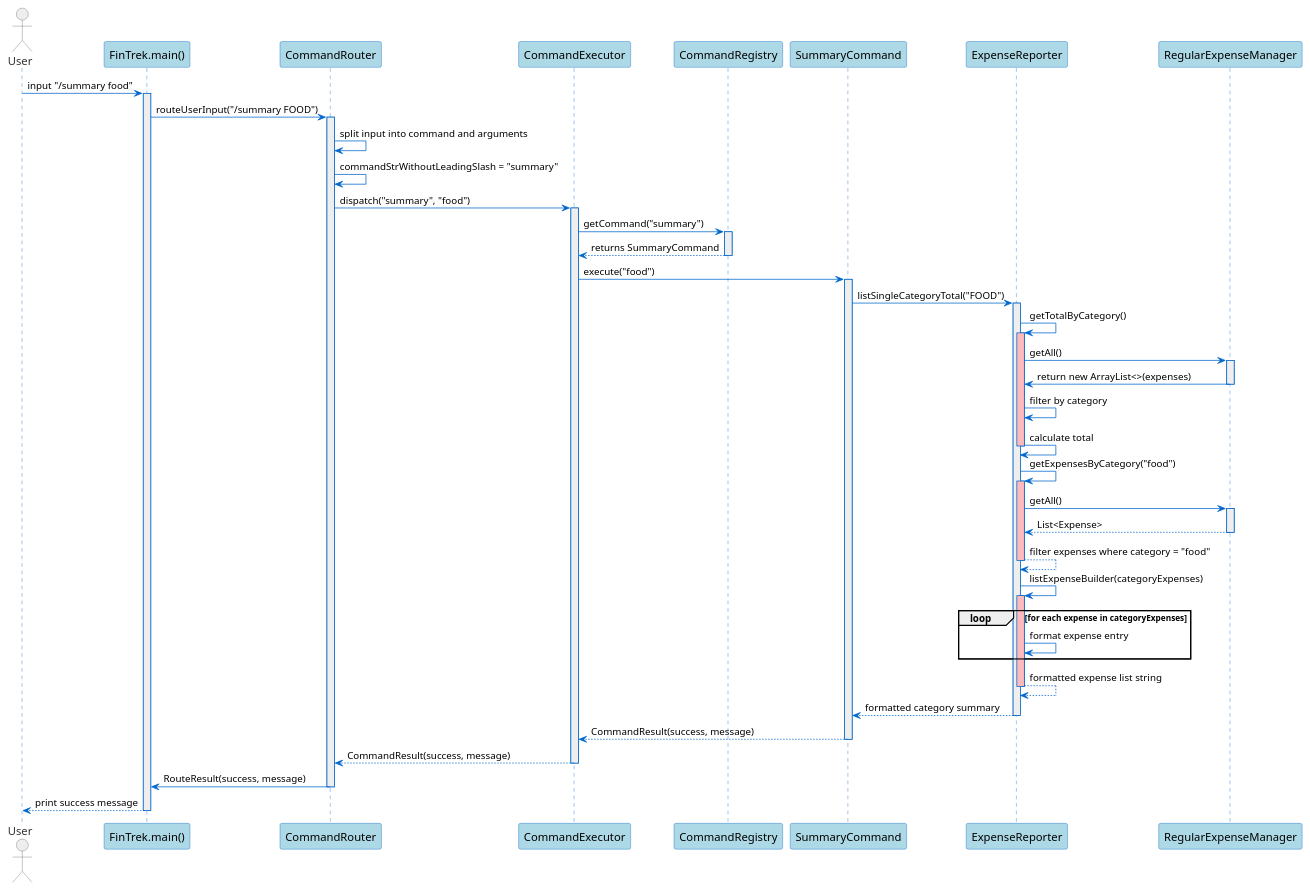
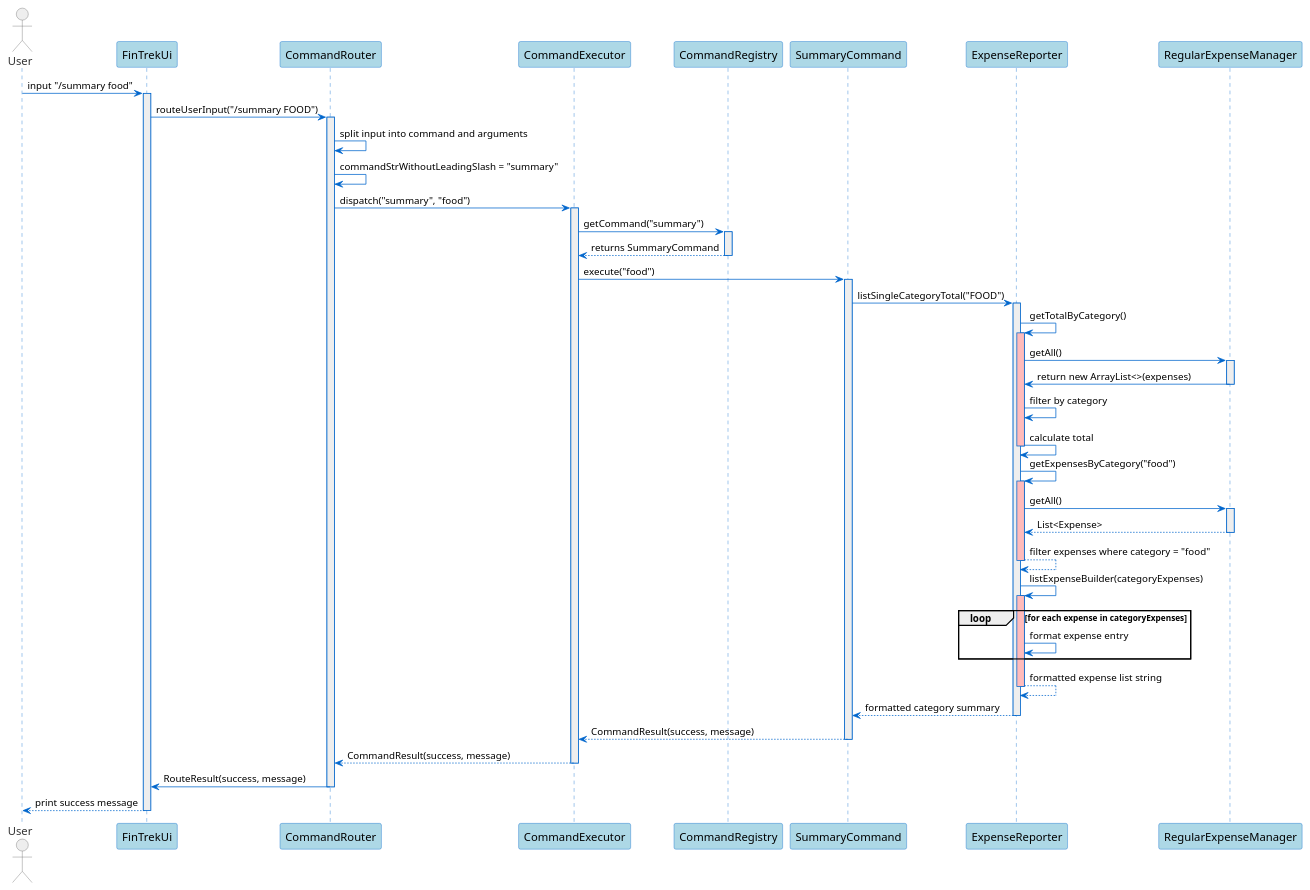
One commit to randust/tp changed the diagram in docs/diagrams/sequence/summary.puml. Above: the diagram before and after it, drawn with PlantUML. The commit also changed 9 other files, not shown here.

Commit message:
Update DG diagrams to fit the refactored code (new Ui class) and add PPP

```diff
--- a/docs/diagrams/sequence/summary.puml
+++ b/docs/diagrams/sequence/summary.puml
@@ -1,106 +1,106 @@
 @startuml
 skinparam sequence {
   ArrowColor #0066CC
   LifeLineBorderColor #0066CC
   LifeLineBackgroundColor #EEEEEE
 
   ParticipantBorderColor #0066CC
   ParticipantBackgroundColor #ADD8E6
   ParticipantFontColor #000000
   ParticipantFontSize 15
 
   ActorBorderColor #666666
   ActorBackgroundColor #EEEEEE
   ActorFontColor #333333
   ActorFontSize 15
 }
 
 skinparam note {
   BackgroundColor #FFE9B3
   BorderColor #E8C174
 }
 
 actor "User" as user
-participant "FinTrek.main()" as FT
+participant "FinTrekUi" as FT
 participant "CommandRouter" as router
 participant "CommandExecutor" as executor
 participant "CommandRegistry" as registry
 participant "SummaryCommand" as SC
 participant "ExpenseReporter" as ER
 participant "RegularExpenseManager" as REM
 
 user -> FT: input "/summary food"
 activate FT
 
 FT -> router: routeUserInput("/summary FOOD")
 activate router
 
 router -> router: split input into command and arguments
 router -> router: commandStrWithoutLeadingSlash = "summary"
 
 router -> executor: dispatch("summary", "food")
 activate executor
 
 executor -> registry: getCommand("summary")
 activate registry
 
 registry --> executor: returns SummaryCommand
 deactivate registry
 
 executor -> SC: execute("food")
 activate SC
 
 SC -> ER: listSingleCategoryTotal("FOOD")
 activate ER
 
 ER -> ER: getTotalByCategory()
 activate ER #FFBBBB
 
 ER -> REM: getAll()
 activate REM
 
 REM -> ER: return new ArrayList<>(expenses)
 deactivate REM
 
 ER -> ER: filter by category
 ER -> ER: calculate total
 deactivate ER
 
 ER -> ER: getExpensesByCategory("food")
 activate ER #FFBBBB
 
 ER -> REM: getAll()
 activate REM
 
 REM --> ER: List<Expense>
 deactivate REM
 
 ER --> ER: filter expenses where category = "food"
 deactivate ER
 
 ER -> ER: listExpenseBuilder(categoryExpenses)
 activate ER #FFBBBB
 
 loop for each expense in categoryExpenses
 ER -> ER: format expense entry
 end
 
 ER --> ER: formatted expense list string
 deactivate ER
 
 ER --> SC: formatted category summary
 deactivate ER
 
 SC --> executor: CommandResult(success, message)
 deactivate SC
 
 executor --> router: CommandResult(success, message)
 deactivate executor
 
 router -> FT: RouteResult(success, message)
 deactivate router
 
 FT --> user: print success message
 deactivate FT
 
 @enduml
```
